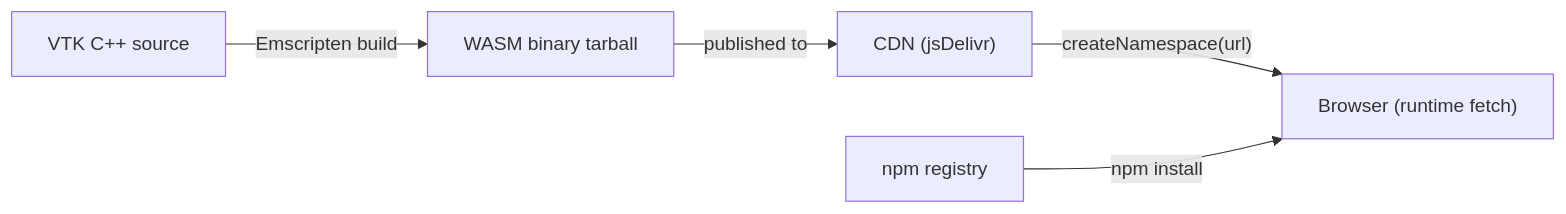
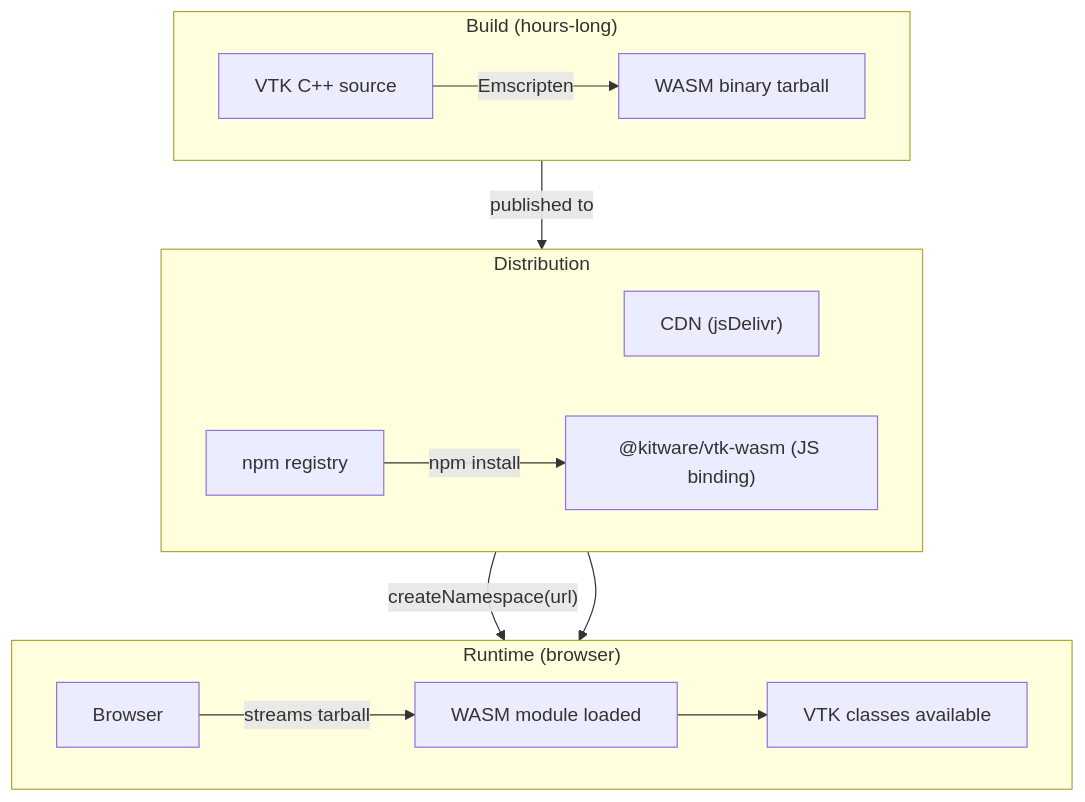
One commit to tkoyama010/pyvista-wasm changed the second of 4 diagrams in slides/slides.md. Above: the diagram before and after it, drawn with Mermaid. The commit also changed other lines of this file, not shown here.

Commit message:
docs: remove first-load text and enrich distribution architecture diagram

````diff
--- a/slides/slides.md
+++ b/slides/slides.md
@@ -496,7 +496,19 @@
-```mermaid {scale: 0.7}
-flowchart LR
-  V["VTK C++ source"] -->|Emscripten build| W["WASM binary tarball"]
-  W -->|published to| CDN["CDN (jsDelivr)"]
-  CDN -->|"createNamespace(url)"| BR["Browser (runtime fetch)"]
-  NPM["npm registry"] -->|npm install| BR
+```mermaid {scale: 0.55}
+flowchart TB
+  subgraph Build["Build (hours-long)"]
+    direction LR
+    V["VTK C++ source"] -->|"Emscripten"| W["WASM binary tarball"]
+  end
+  subgraph Dist["Distribution"]
+    direction LR
+    W -->|"published to"| CDN["CDN (jsDelivr)"]
+    NPM["npm registry"] -->|"npm install"| PKG["@kitware/vtk-wasm (JS binding)"]
+  end
+  subgraph Runtime["Runtime (browser)"]
+    direction LR
+    CDN -->|"createNamespace(url)"| BR["Browser"]
+    PKG --> BR
+    BR -->|"streams tarball"| MEM["WASM module loaded"]
+    MEM --> R["VTK classes available"]
+  end
 ```
````
